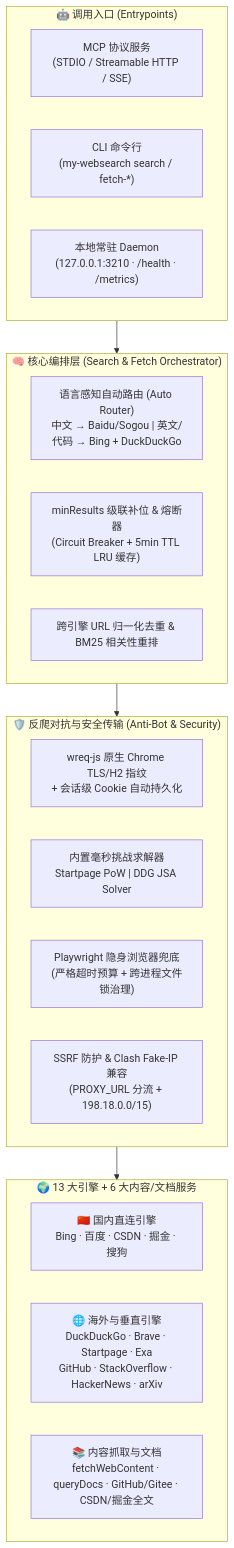
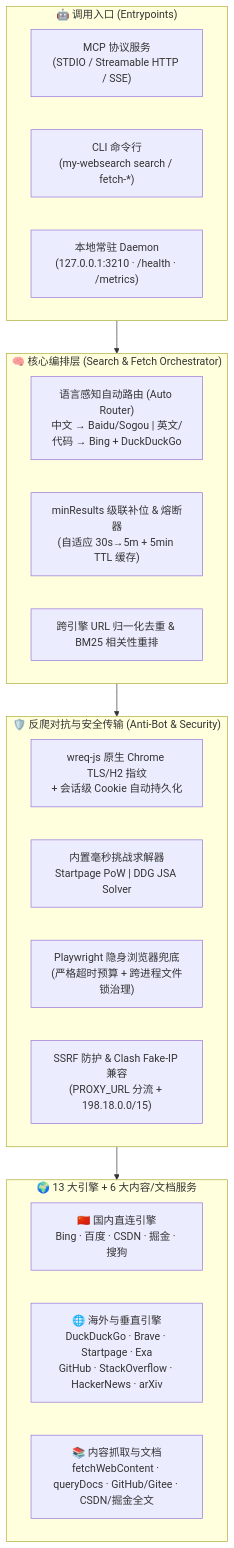
Before and after one commit to wtznicy/my-websearch: the diagram in README-zh.md, drawn with Mermaid. The commit also changed other lines of this file and 36 other files, not shown here.

````diff
--- a/README-zh.md
+++ b/README-zh.md
@@ -47,31 +47,31 @@
 ```mermaid
 flowchart TB
     subgraph Clients["🤖 调用入口 (Entrypoints)"]
         MCP["MCP 协议服务<br/>(STDIO / Streamable HTTP / SSE)"]
         CLI["CLI 命令行<br/>(my-websearch search / fetch-*)"]
         Daemon["本地常驻 Daemon<br/>(127.0.0.1:3210 · /health · /metrics)"]
     end
 
     subgraph Core["🧠 核心编排层 (Search & Fetch Orchestrator)"]
         Router["语言感知自动路由 (Auto Router)<br/>中文 → Baidu/Sogou | 英文/代码 → Bing + DuckDuckGo"]
-        Cascade["minResults 级联补位 & 熔断器<br/>(Circuit Breaker + 5min TTL LRU 缓存)"]
+        Cascade["minResults 级联补位 & 熔断器<br/>(自适应 30s→5m + 5min TTL 缓存)"]
         Ranker["跨引擎 URL 归一化去重 & BM25 相关性重排"]
     end
 
     subgraph Transport["🛡️ 反爬对抗与安全传输 (Anti-Bot & Security)"]
         Wreq["wreq-js 原生 Chrome TLS/H2 指纹<br/>+ 会话级 Cookie 自动持久化"]
         Solvers["内置毫秒挑战求解器<br/>Startpage PoW | DDG JSA Solver"]
         PW["Playwright 隐身浏览器兜底<br/>(严格超时预算 + 跨进程文件锁治理)"]
         Guard["SSRF 防护 & Clash Fake-IP 兼容<br/>(PROXY_URL 分流 + 198.18.0.0/15)"]
     end
 
     subgraph Engines["🌍 13 大引擎 + 6 大内容/文档服务"]
         CN["🇨🇳 国内直连引擎<br/>Bing · 百度 · CSDN · 掘金 · 搜狗"]
         INTL["🌐 海外与垂直引擎<br/>DuckDuckGo · Brave · Startpage · Exa<br/>GitHub · StackOverflow · HackerNews · arXiv"]
         Docs["📚 内容抓取与文档<br/>fetchWebContent · queryDocs · GitHub/Gitee · CSDN/掘金全文"]
     end
 
     Clients --> Core
     Core --> Transport
     Transport --> Engines
 ```
````
